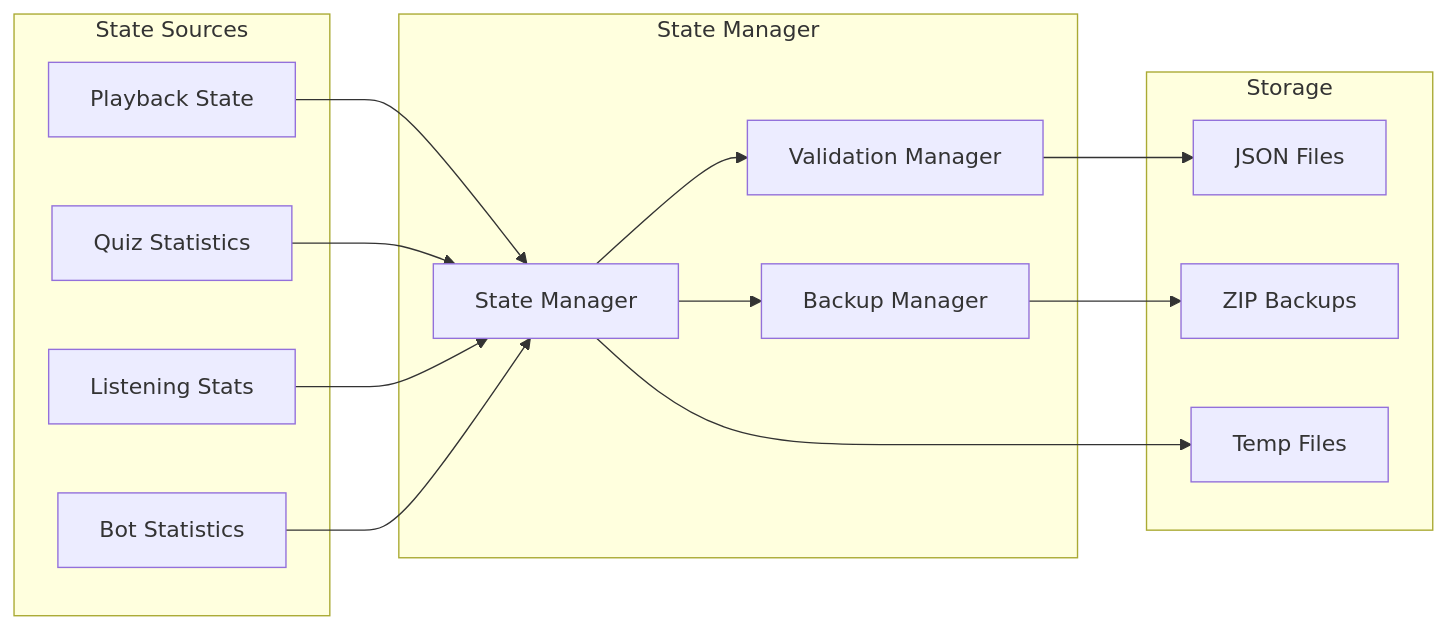
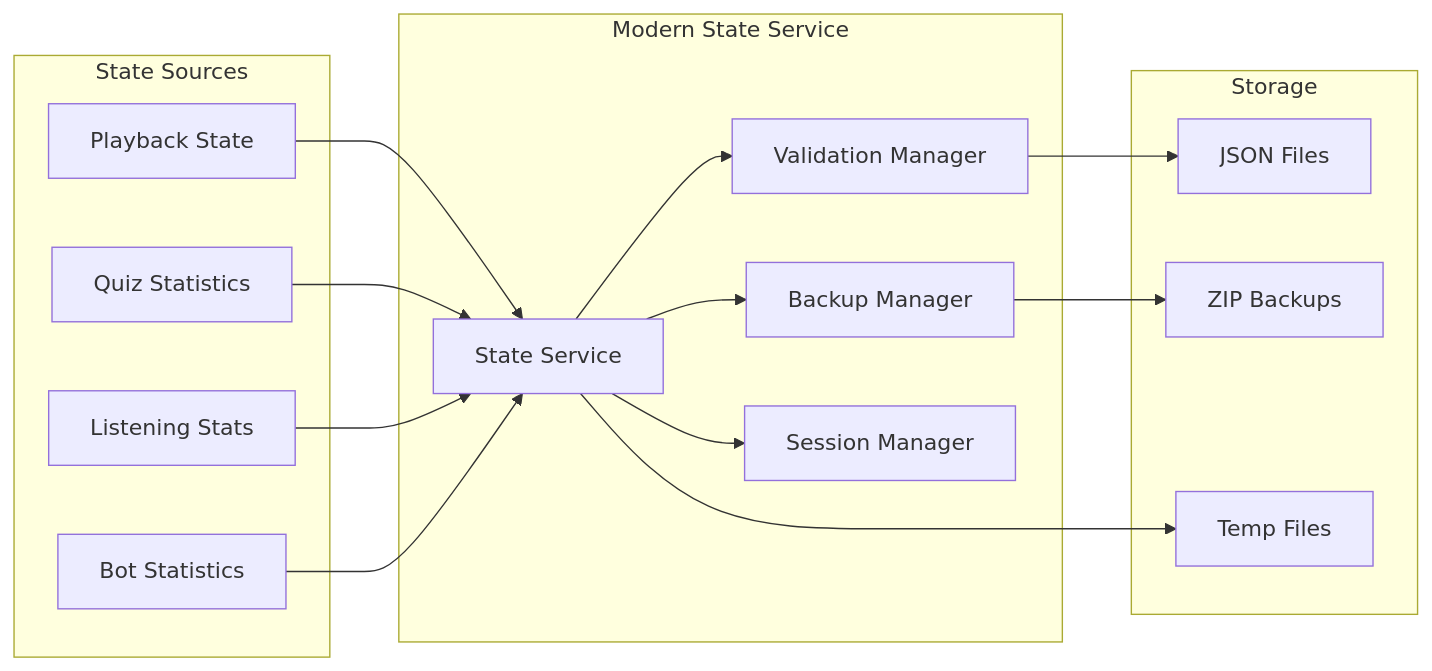
Before and after one commit to trippixn963/QuranBot: the seventh of 12 diagrams in docs/ARCHITECTURE.md, drawn with Mermaid. The commit also changed other lines of this file and 101 other files, not shown here.

````diff
--- a/docs/ARCHITECTURE.md
+++ b/docs/ARCHITECTURE.md
@@ -381,31 +386,33 @@
 ```mermaid
 graph LR
     subgraph "State Sources"
         PS[Playback State]
         QS[Quiz Statistics]
         LS[Listening Stats]
         BS[Bot Statistics]
     end
-    
-    subgraph "State Manager"
-        SM[State Manager]
+
+    subgraph "Modern State Service"
+        SS[State Service]
         BM[Backup Manager]
         VM[Validation Manager]
+        SM[Session Manager]
     end
-    
+
     subgraph "Storage"
         JSON[JSON Files]
         BACKUP[ZIP Backups]
         TEMP[Temp Files]
     end
-    
-    PS --> SM
-    QS --> SM
-    LS --> SM
-    BS --> SM
-    SM --> VM
+
+    PS --> SS
+    QS --> SS
+    LS --> SS
+    BS --> SS
+    SS --> VM
     VM --> JSON
-    SM --> BM
+    SS --> BM
     BM --> BACKUP
-    SM --> TEMP
+    SS --> SM
+    SS --> TEMP
 ```
````
